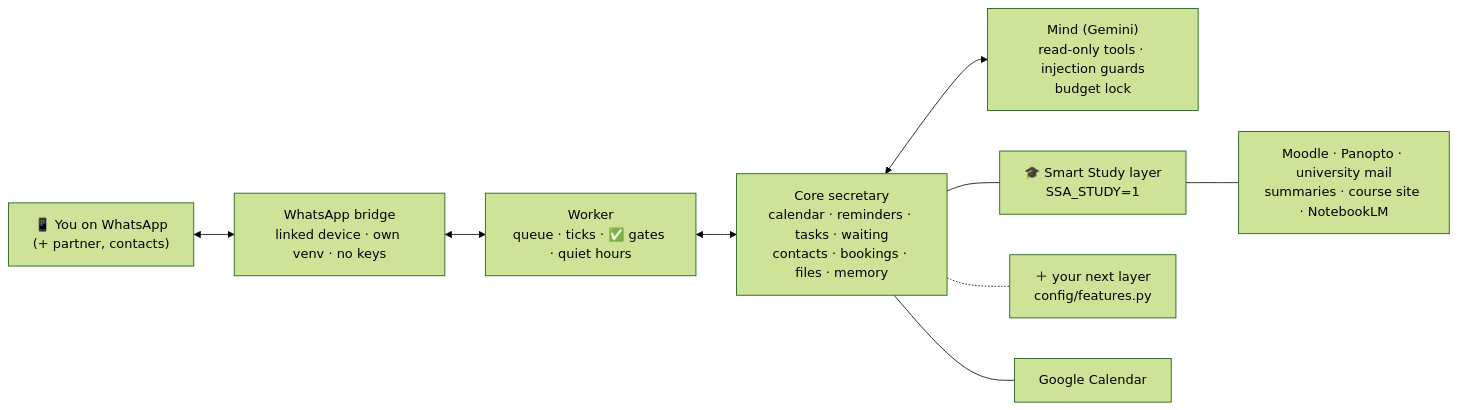
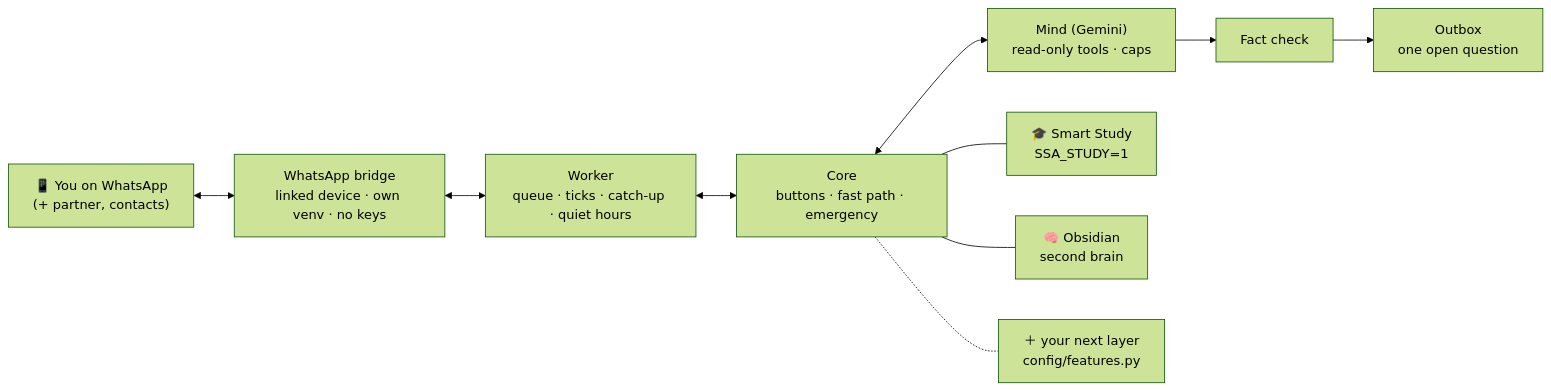
The diagram in README.md (dorrahmani/smart-study-agent), drawn with Mermaid (forest theme) before and after one commit. The commit also changed other lines of this file and 9 other files, not shown here.

Commit message:
Docs: README by layer with real costs, FEATURES, ARCHITECTURE, COSTS; SETUP, FAQ, CLAUDE.md, RUNBOOK and .env.example updated

````diff
--- a/README.md
+++ b/README.md
@@ -75,11 +100,11 @@
 ```mermaid
 flowchart LR
     U["📱 You on WhatsApp<br/>(+ partner, contacts)"] <--> B["WhatsApp bridge<br/>linked device · own venv · no keys"]
-    B <--> W["Worker<br/>queue · ticks · ✅ gates · quiet hours"]
-    W <--> C["Core secretary<br/>calendar · reminders · tasks · waiting<br/>contacts · bookings · files · memory"]
-    C <--> M["Mind (Gemini)<br/>read-only tools · injection guards<br/>budget lock"]
-    C --- S["🎓 Smart Study layer<br/>SSA_STUDY=1"]
+    B <--> W["Worker<br/>queue · ticks · catch-up · quiet hours"]
+    W <--> C["Core<br/>buttons · fast path · emergency"]
+    C <--> M["Mind (Gemini)<br/>read-only tools · caps"]
+    M --> F["Fact check"] --> O["Outbox<br/>one open question"]
+    C --- S["🎓 Smart Study<br/>SSA_STUDY=1"]
+    C --- V["🧠 Obsidian<br/>second brain"]
     C -.- N["＋ your next layer<br/>config/features.py"]
-    S --- X["Moodle · Panopto · university mail<br/>summaries · course site · NotebookLM"]
-    C --- G["Google Calendar"]
 ```
````
